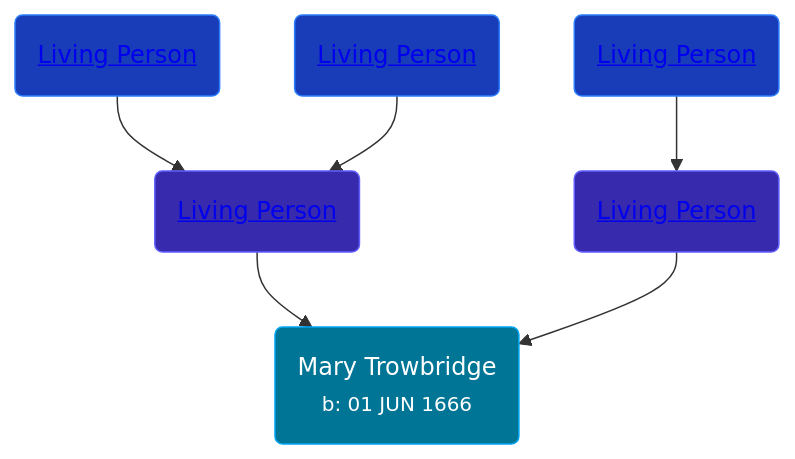
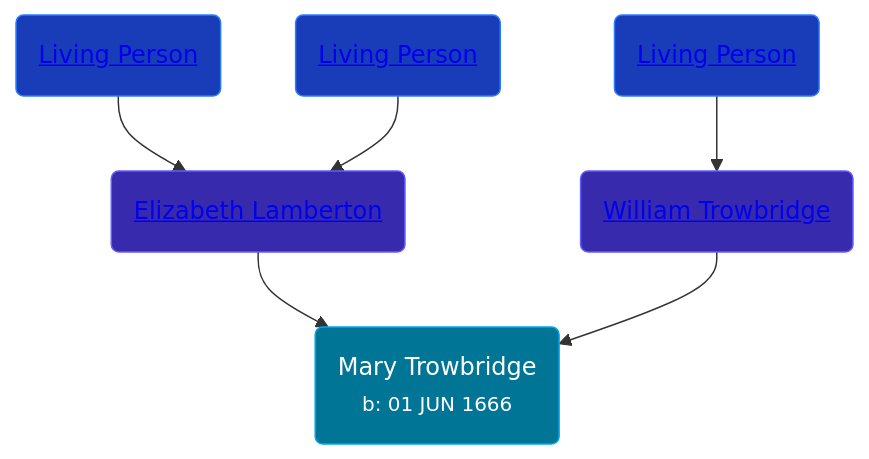
One commit to wpmgotkh/wpmgotkh.github.io changed the diagram in pages/people/4/42640832.md. Above: the diagram before and after it, drawn with Mermaid. The commit also changed other lines of this file and 586 other files, not shown here.

Commit message:
feat: better shouldConsiderPersonLiving algo

````diff
--- a/pages/people/4/42640832.md
+++ b/pages/people/4/42640832.md
@@ -10,12 +10,12 @@
 ```mermaid
 graph
 classDef grands fill:#193cb8,stroke:#2b7fff,stroke-width:1px,color:#fff;
 classDef parents fill:#372aac,stroke:#615fff,stroke-width:1px,color:#fff;
 classDef primary fill:#007595,stroke:#00a6f4,stroke-width:1px,color:#fff;
 42640832(Mary Trowbridge<br /><small>b: 01 JUN 1666</small>):::primary
-33832688(<a class="text-white" href="/people/3/33832688">Living Person</a>):::parents-->42640832
+33832688(<a class="text-white" href="/people/3/33832688">Elizabeth Lamberton</a>):::parents-->42640832
 11966920(<a class="text-white" href="/people/1/11966920">Living Person</a>):::grands-->33832688
 41755336(<a class="text-white" href="/people/4/41755336">Living Person</a>):::grands-->33832688
-57269298(<a class="text-white" href="/people/5/57269298">Living Person</a>):::parents-->42640832
+57269298(<a class="text-white" href="/people/5/57269298">William Trowbridge</a>):::parents-->42640832
 72599424(<a class="text-white" href="/people/7/72599424">Living Person</a>):::grands-->57269298
 ```
````
